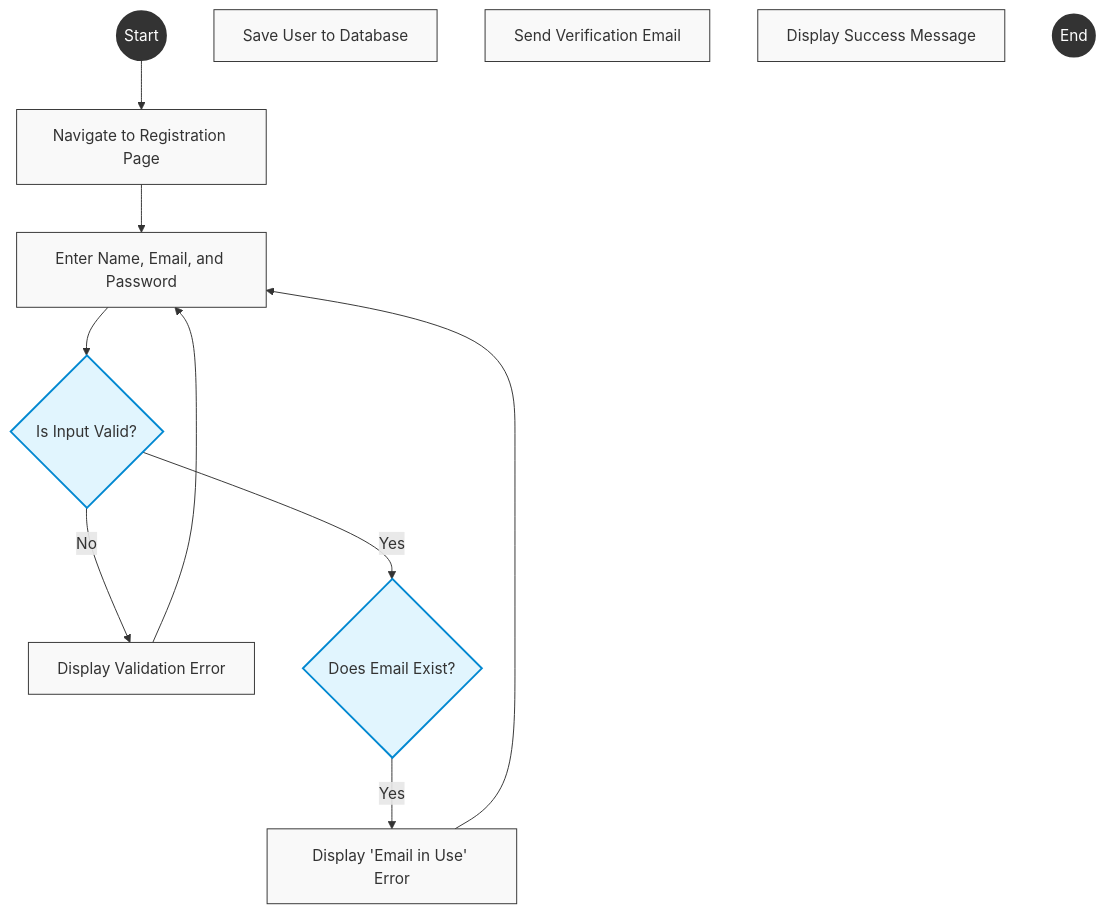
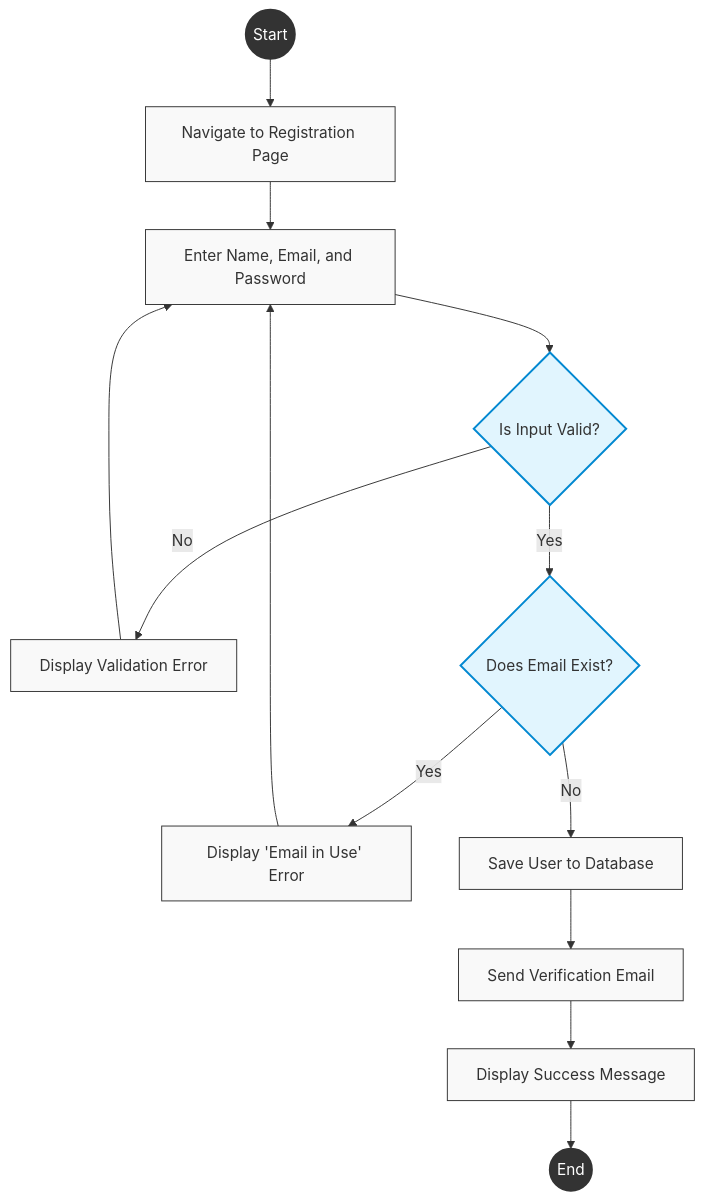
The first of 2 diagrams in README.md (Kaifyuu/Kaify-Uni), drawn with Mermaid before and after one commit.

Commit message:
Enhance README with success path in diagram
Added success path to the database check loop diagram.

````diff
--- a/README.md
+++ b/README.md
@@ -6,34 +6,40 @@
 ```mermaid
 flowchart TD
     %% Styling for UML Activity Diagram conventions
     classDef startEnd fill:#333,stroke:#333,stroke-width:2px,color:#fff,shape:circle;
     classDef activity fill:#f9f9f9,stroke:#333,stroke-width:1px;
     classDef decision fill:#e1f5fe,stroke:#0288d1,stroke-width:2px,shape:diamond;
 
     %% Nodes
     Start((Start)):::startEnd
     Nav[Navigate to Registration Page]:::activity
     Input[Enter Name, Email, and Password]:::activity
     Validate{Is Input Valid?}:::decision
     ShowErr[Display Validation Error]:::activity
     CheckDB{Does Email Exist?}:::decision
     ShowExistErr[Display 'Email in Use' Error]:::activity
     SaveDB[Save User to Database]:::activity
     SendEmail[Send Verification Email]:::activity
     Success[Display Success Message]:::activity
     End((End)):::startEnd
 
     %% Flow/Paths
     Start --> Nav
     Nav --> Input
     Input --> Validate
     
     %% Validation Loop
     Validate -->|No| ShowErr
     ShowErr --> Input
     
     %% Database Check Loop
     Validate -->|Yes| CheckDB
     CheckDB -->|Yes| ShowExistErr
     ShowExistErr --> Input
+    
+    %% Success Path
+    CheckDB -->|No| SaveDB
+    SaveDB --> SendEmail
+    SendEmail --> Success
+    Success --> End
 ```
````
